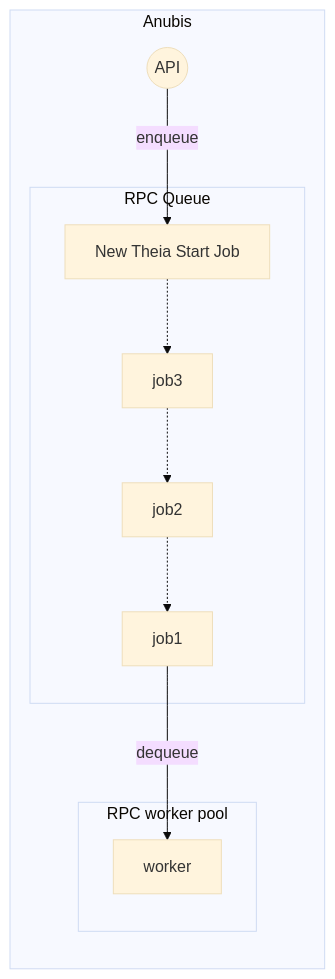
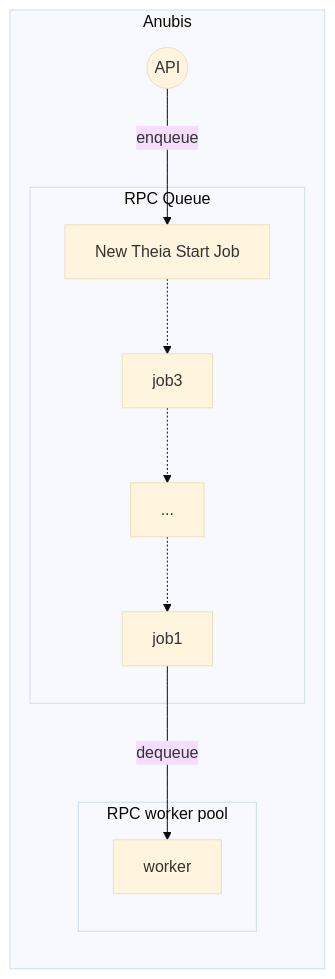
The diagram in docs/mermaid/rpc-queue-2.mmd (AnubisLMS/Anubis), drawn with Mermaid (base theme) before and after one commit. The commit also changed 14 other files, not shown here.

```diff
--- a/docs/mermaid/rpc-queue-2.mmd
+++ b/docs/mermaid/rpc-queue-2.mmd
@@ -1,17 +1,18 @@
 graph LR
     subgraph Anubis
 
     api((API))
 
     subgraph RPC Queue
-    job4[New Theia Start Job] -.-> job3 -.-> job2 -.-> job1
+    job4[New Theia Start Job]
+    job4 -.-> job3 -.-> job2[...] -.-> job1
     end
 
     subgraph RPC worker pool
     worker
     end
 
     api -->|enqueue| job4
     job1 -->|dequeue| worker
 
     end
```
